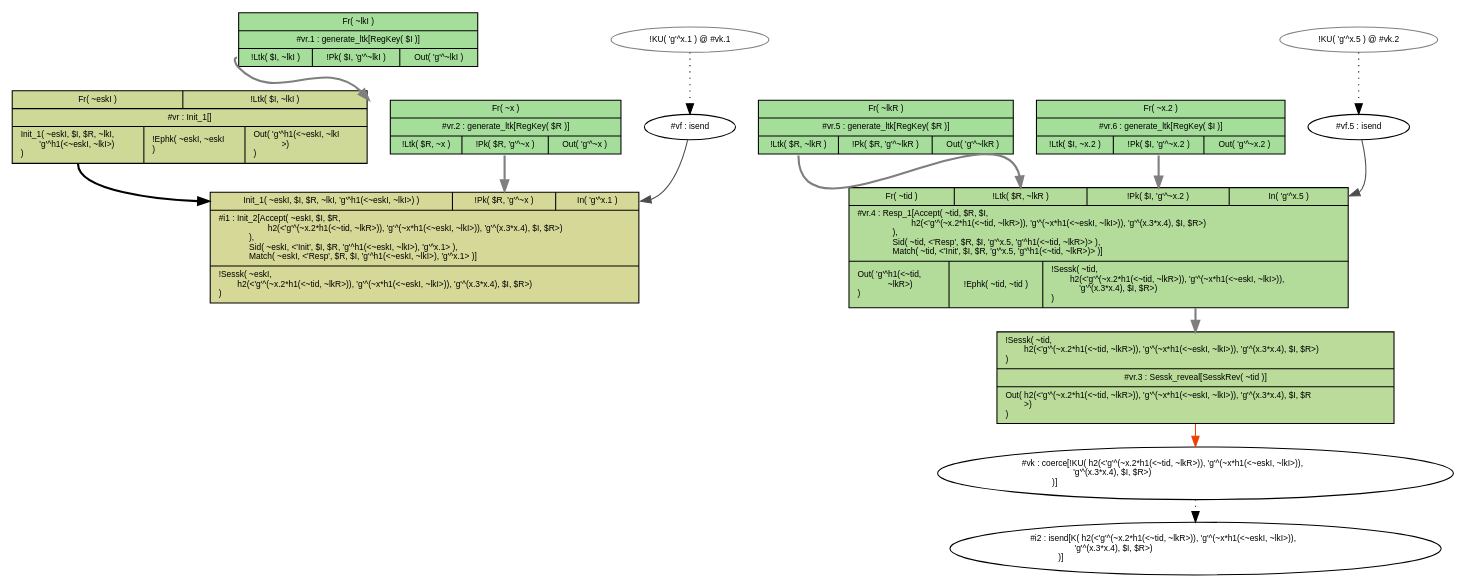
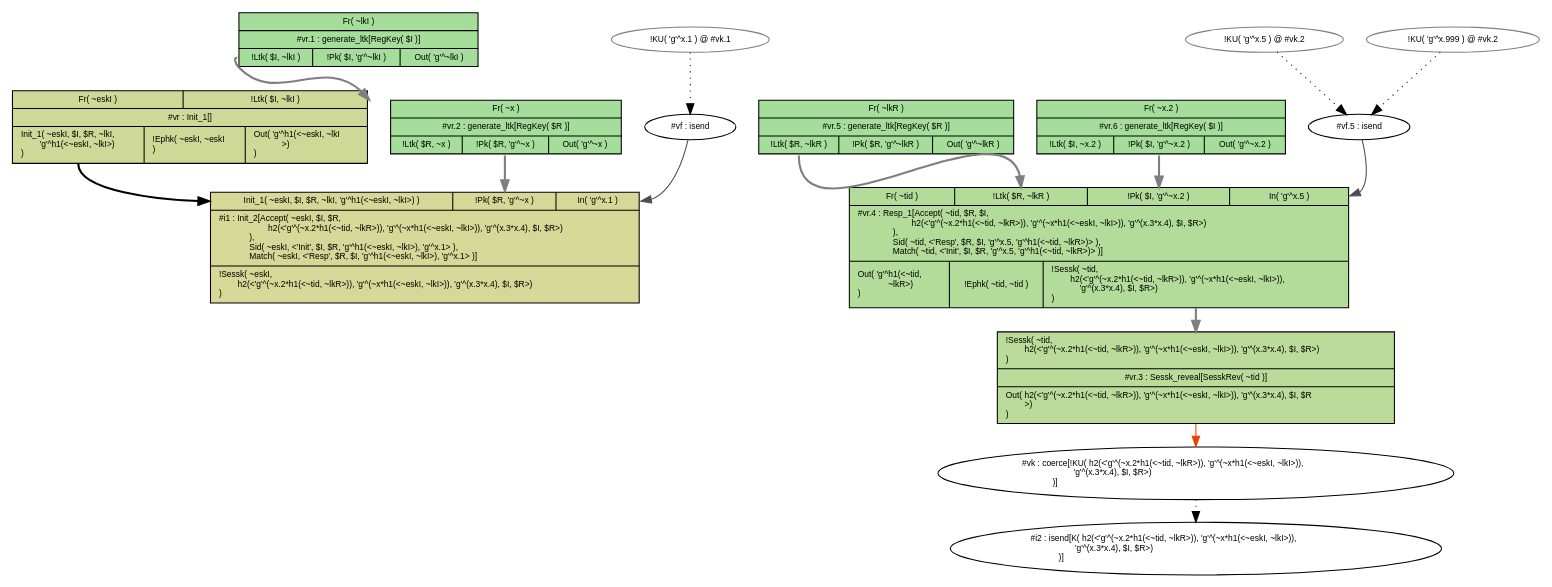
The diagram in misc/cleandot/test.dot (tamarin-prover/tamarin-prover), drawn with Graphviz before and after one commit. The commit also changed 2 other files, not shown here.

```diff
--- a/misc/cleandot/test.dot
+++ b/misc/cleandot/test.dot
@@ -1,36 +1,38 @@
 // blaat: niet
 // abbreviate: True
 // simplification: "2"
 digraph G {
 nodesep="0.3";
 ranksep="0.3";
 node[fontsize="8",fontname="Helvetica",width="0.3",height="0.2"];
 edge[fontsize="8",fontname="Helvetica"];
 n5[shape="record",label="{{<n0> Init_1( ~eskI, $I, $R, ~lkI, 'g'^h1(\<~eskI, ~lkI\>) )|<n1> !Pk( $R, 'g'^~x )|<n2> In( 'g'^x.1 )}|{<n3> #i1 : Init_2[Accept( ~eskI, $I, $R,\l&nbsp;&nbsp;&nbsp;&nbsp;&nbsp;&nbsp;&nbsp;&nbsp;&nbsp;&nbsp;&nbsp;&nbsp;&nbsp;&nbsp;&nbsp;&nbsp;&nbsp;&nbsp;&nbsp;&nbsp;&nbsp;h2(\<'g'^(~x.2*h1(\<~tid, ~lkR\>)), 'g'^(~x*h1(\<~eskI, ~lkI\>)), 'g'^(x.3*x.4), $I, $R\>)\l&nbsp;&nbsp;&nbsp;&nbsp;&nbsp;&nbsp;&nbsp;&nbsp;&nbsp;&nbsp;&nbsp;&nbsp;&nbsp;),\l&nbsp;&nbsp;&nbsp;&nbsp;&nbsp;&nbsp;&nbsp;&nbsp;&nbsp;&nbsp;&nbsp;&nbsp;&nbsp;Sid( ~eskI, \<'Init', $I, $R, 'g'^h1(\<~eskI, ~lkI\>), 'g'^x.1\> ),\l&nbsp;&nbsp;&nbsp;&nbsp;&nbsp;&nbsp;&nbsp;&nbsp;&nbsp;&nbsp;&nbsp;&nbsp;&nbsp;Match( ~eskI, \<'Resp', $R, $I, 'g'^h1(\<~eskI, ~lkI\>), 'g'^x.1\> )]\l}|{<n4> !Sessk( ~eskI,\l&nbsp;&nbsp;&nbsp;&nbsp;&nbsp;&nbsp;&nbsp;&nbsp;h2(\<'g'^(~x.2*h1(\<~tid, ~lkR\>)), 'g'^(~x*h1(\<~eskI, ~lkI\>)), 'g'^(x.3*x.4), $I, $R\>)\l)\l}}",fillcolor="#d5d897",style="filled"];
 n6[label="#i2 : isend[K( h2(<'g'^(~x.2*h1(<~tid, ~lkR>)), 'g'^(~x*h1(<~eskI, ~lkI>)), \l&nbsp;&nbsp;&nbsp;&nbsp;&nbsp;&nbsp;&nbsp;&nbsp;&nbsp;&nbsp;&nbsp;&nbsp;&nbsp;&nbsp;&nbsp;&nbsp;&nbsp;&nbsp;&nbsp;'g'^(x.3*x.4), $I, $R>)\l&nbsp;&nbsp;&nbsp;&nbsp;&nbsp;&nbsp;&nbsp;&nbsp;&nbsp;&nbsp;&nbsp;&nbsp;)]\l",shape="ellipse"];
 n7[label="#vf : isend",shape="ellipse"];
 n8[label="#vk : coerce[!KU( h2(<'g'^(~x.2*h1(<~tid, ~lkR>)), 'g'^(~x*h1(<~eskI, ~lkI>)), \l&nbsp;&nbsp;&nbsp;&nbsp;&nbsp;&nbsp;&nbsp;&nbsp;&nbsp;&nbsp;&nbsp;&nbsp;&nbsp;&nbsp;&nbsp;&nbsp;&nbsp;&nbsp;&nbsp;&nbsp;&nbsp;&nbsp;'g'^(x.3*x.4), $I, $R>)\l&nbsp;&nbsp;&nbsp;&nbsp;&nbsp;&nbsp;&nbsp;&nbsp;&nbsp;&nbsp;&nbsp;&nbsp;&nbsp;)]\l",shape="ellipse"];
 n15[shape="record",label="{{<n9> Fr( ~eskI )|<n10> !Ltk( $I, ~lkI )}|{<n11> #vr : Init_1[]}|{<n12> Init_1( ~eskI, $I, $R, ~lkI,\l&nbsp;&nbsp;&nbsp;&nbsp;&nbsp;&nbsp;&nbsp;&nbsp;'g'^h1(\<~eskI, ~lkI\>)\l)\l|<n13> !Ephk( ~eskI, ~eskI\l)\l|<n14> Out( 'g'^h1(\<~eskI, ~lkI\l&nbsp;&nbsp;&nbsp;&nbsp;&nbsp;&nbsp;&nbsp;&nbsp;&nbsp;&nbsp;&nbsp;&nbsp;\>)\l)\l}}",fillcolor="#ced997",style="filled"];
 n21[shape="record",label="{{<n16> Fr( ~lkI )}|{<n17> #vr.1 : generate_ltk[RegKey( $I )]}|{<n18> !Ltk( $I, ~lkI )|<n19> !Pk( $I, 'g'^~lkI )|<n20> Out( 'g'^~lkI )}}",fillcolor="#a5dd9a",style="filled"];
 n27[shape="record",label="{{<n22> Fr( ~x )}|{<n23> #vr.2 : generate_ltk[RegKey( $R )]}|{<n24> !Ltk( $R, ~x )|<n25> !Pk( $R, 'g'^~x )|<n26> Out( 'g'^~x )}}",fillcolor="#a5dd9a",style="filled"];
 n31[shape="record",label="{{<n28> !Sessk( ~tid,\l&nbsp;&nbsp;&nbsp;&nbsp;&nbsp;&nbsp;&nbsp;&nbsp;h2(\<'g'^(~x.2*h1(\<~tid, ~lkR\>)), 'g'^(~x*h1(\<~eskI, ~lkI\>)), 'g'^(x.3*x.4), $I, $R\>)\l)\l}|{<n29> #vr.3 : Sessk_reveal[SesskRev( ~tid )]}|{<n30> Out( h2(\<'g'^(~x.2*h1(\<~tid, ~lkR\>)), 'g'^(~x*h1(\<~eskI, ~lkI\>)), 'g'^(x.3*x.4), $I, $R\l&nbsp;&nbsp;&nbsp;&nbsp;&nbsp;&nbsp;&nbsp;&nbsp;\>)\l)\l}}",fillcolor="#badb99",style="filled"];
 n40[shape="record",label="{{<n32> Fr( ~tid )|<n33> !Ltk( $R, ~lkR )|<n34> !Pk( $I, 'g'^~x.2 )|<n35> In( 'g'^x.5 )}|{<n36> #vr.4 : Resp_1[Accept( ~tid, $R, $I,\l&nbsp;&nbsp;&nbsp;&nbsp;&nbsp;&nbsp;&nbsp;&nbsp;&nbsp;&nbsp;&nbsp;&nbsp;&nbsp;&nbsp;&nbsp;&nbsp;&nbsp;&nbsp;&nbsp;&nbsp;&nbsp;&nbsp;&nbsp;h2(\<'g'^(~x.2*h1(\<~tid, ~lkR\>)), 'g'^(~x*h1(\<~eskI, ~lkI\>)), 'g'^(x.3*x.4), $I, $R\>)\l&nbsp;&nbsp;&nbsp;&nbsp;&nbsp;&nbsp;&nbsp;&nbsp;&nbsp;&nbsp;&nbsp;&nbsp;&nbsp;&nbsp;&nbsp;),\l&nbsp;&nbsp;&nbsp;&nbsp;&nbsp;&nbsp;&nbsp;&nbsp;&nbsp;&nbsp;&nbsp;&nbsp;&nbsp;&nbsp;&nbsp;Sid( ~tid, \<'Resp', $R, $I, 'g'^x.5, 'g'^h1(\<~tid, ~lkR\>)\> ),\l&nbsp;&nbsp;&nbsp;&nbsp;&nbsp;&nbsp;&nbsp;&nbsp;&nbsp;&nbsp;&nbsp;&nbsp;&nbsp;&nbsp;&nbsp;Match( ~tid, \<'Init', $I, $R, 'g'^x.5, 'g'^h1(\<~tid, ~lkR\>)\> )]\l}|{<n37> Out( 'g'^h1(\<~tid, \l&nbsp;&nbsp;&nbsp;&nbsp;&nbsp;&nbsp;&nbsp;&nbsp;&nbsp;&nbsp;&nbsp;&nbsp;&nbsp;~lkR\>)\l)\l|<n38> !Ephk( ~tid, ~tid )|<n39> !Sessk( ~tid,\l&nbsp;&nbsp;&nbsp;&nbsp;&nbsp;&nbsp;&nbsp;&nbsp;h2(\<'g'^(~x.2*h1(\<~tid, ~lkR\>)), 'g'^(~x*h1(\<~eskI, ~lkI\>)), \l&nbsp;&nbsp;&nbsp;&nbsp;&nbsp;&nbsp;&nbsp;&nbsp;&nbsp;&nbsp;&nbsp;&nbsp;'g'^(x.3*x.4), $I, $R\>)\l)\l}}",fillcolor="#b3db99",style="filled"];
 n41[label="#vf.5 : isend",shape="ellipse"];
 n47[shape="record",label="{{<n42> Fr( ~lkR )}|{<n43> #vr.5 : generate_ltk[RegKey( $R )]}|{<n44> !Ltk( $R, ~lkR )|<n45> !Pk( $R, 'g'^~lkR )|<n46> Out( 'g'^~lkR )}}",fillcolor="#a5dd9a",style="filled"];
 n53[shape="record",label="{{<n48> Fr( ~x.2 )}|{<n49> #vr.6 : generate_ltk[RegKey( $I )]}|{<n50> !Ltk( $I, ~x.2 )|<n51> !Pk( $I, 'g'^~x.2 )|<n52> Out( 'g'^~x.2 )}}",fillcolor="#a5dd9a",style="filled"];
 n54[label="!KU( 'g'^x.1 ) @ #vk.1",shape="ellipse",color="gray"];
 n55[label="!KU( 'g'^x.5 ) @ #vk.2",shape="ellipse",color="gray"];
+n55b[label="!KU( 'g'^x.999 ) @ #vk.2",shape="ellipse",color="gray"];
 n7 -> n5:n2[color="gray30"];
 n15:n12 -> n5:n0[style="bold",weight="10.0"];
 n21:n18 -> n15:n10[style="bold",weight="10.0",color="gray50"];
 n27:n25 -> n5:n1[style="bold",weight="10.0",color="gray50"];
 n31:n30 -> n8[color="orangered2"];
 n40:n39 -> n31:n28[style="bold",weight="10.0",color="gray50"];
 n41 -> n40:n35[color="gray30"];
 n47:n44 -> n40:n33[style="bold",weight="10.0",color="gray50"];
 n53:n51 -> n40:n34[style="bold",weight="10.0",color="gray50"];
 n8 -> n6[color="black",style="dotted"];
 n54 -> n7[color="black",style="dotted"];
 n55 -> n41[color="black",style="dotted"];
+n55b -> n41[color="black",style="dotted"];
 
 }
```
